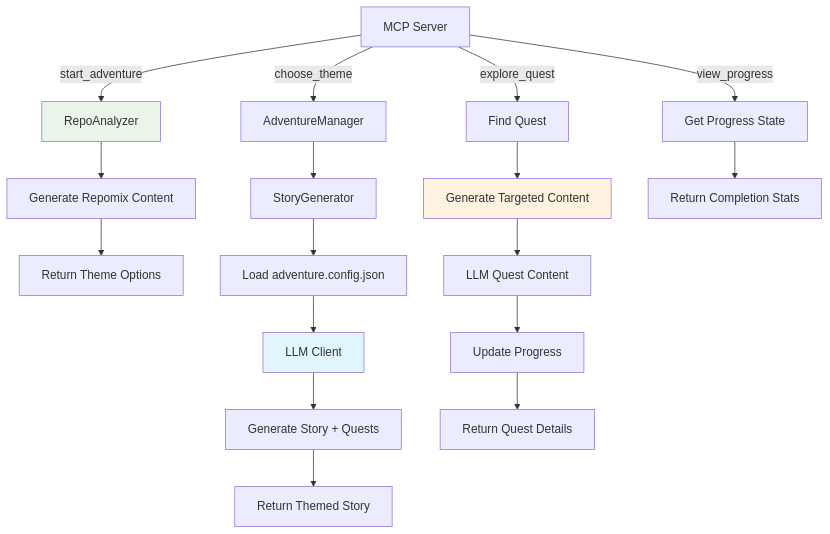
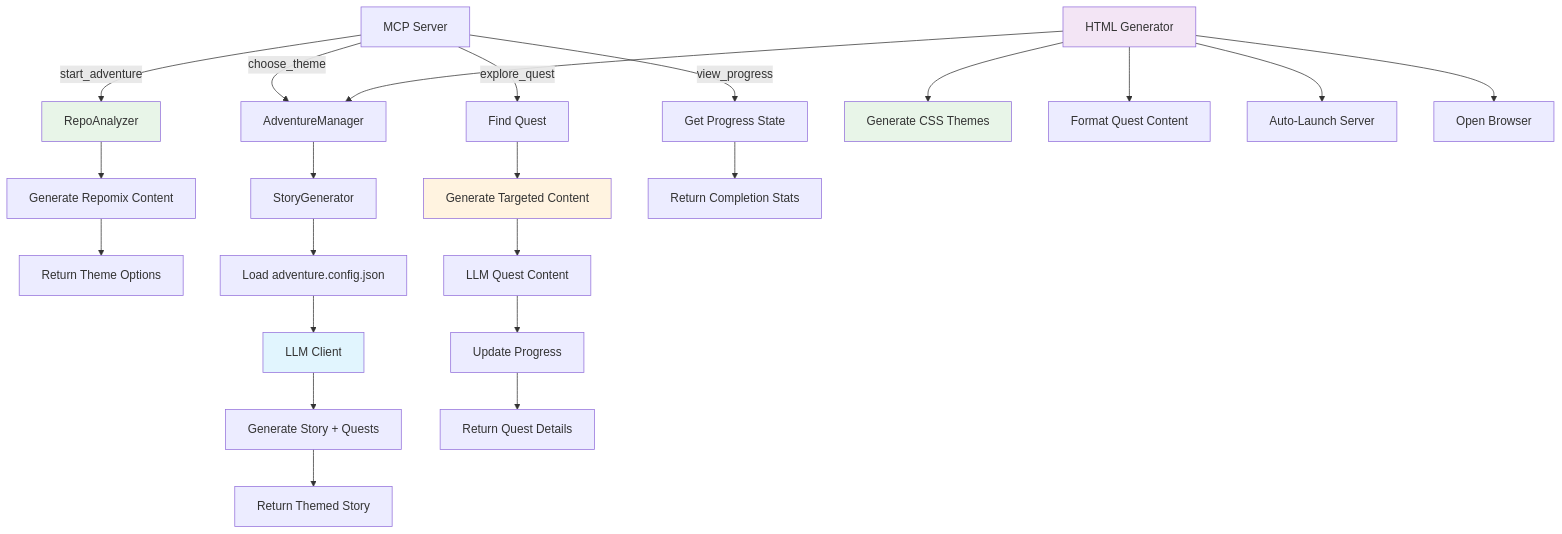
One commit to DanWahlin/ai-repo-adventures changed the first of 2 diagrams in README.md. Above: the diagram before and after it, drawn with Mermaid. The commit also changed other lines of this file, not shown here.

Commit message:
feat: Enhance README with HTML adventure generation details and testing instructions

````diff
--- a/README.md
+++ b/README.md
@@ -23,26 +27,34 @@
 ```mermaid
 graph TD
     A[MCP Server] -->|start_adventure| B[RepoAnalyzer]
     B --> C[Generate Repomix Content]
     C --> D[Return Theme Options]
     
     A -->|choose_theme| E[AdventureManager]
     E --> F[StoryGenerator]
     F --> G[Load adventure.config.json]
     G --> H[LLM Client]
     H --> I[Generate Story + Quests]
     I --> J[Return Themed Story]
     
     A -->|explore_quest| K[Find Quest]
     K --> L[Generate Targeted Content]
     L --> M[LLM Quest Content]
     M --> N[Update Progress]
     N --> O[Return Quest Details]
     
     A -->|view_progress| P[Get Progress State]
     P --> Q[Return Completion Stats]
     
+    R[HTML Generator] --> E
+    R --> S[Generate CSS Themes]
+    R --> T[Format Quest Content]
+    R --> U[Auto-Launch Server]
+    R --> V[Open Browser]
+    
     style B fill:#e8f5e8
     style H fill:#e1f5fe
     style L fill:#fff3e0
+    style R fill:#f3e5f5
+    style S fill:#e8f5e8
 ```
````
